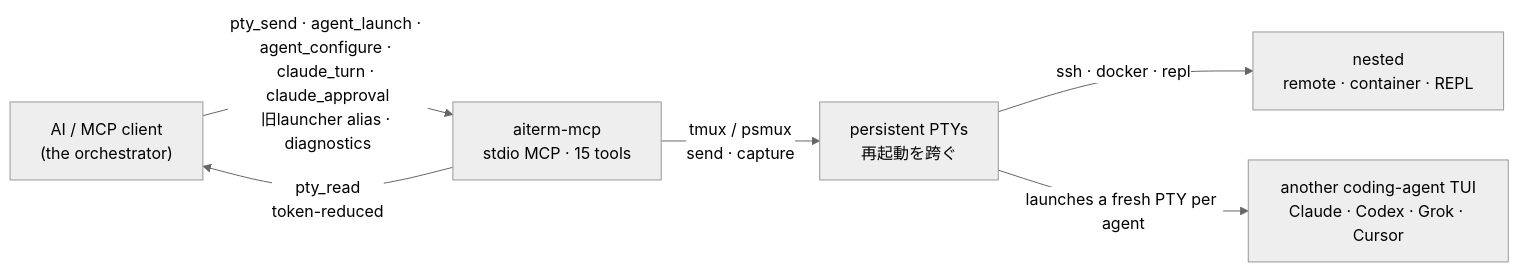
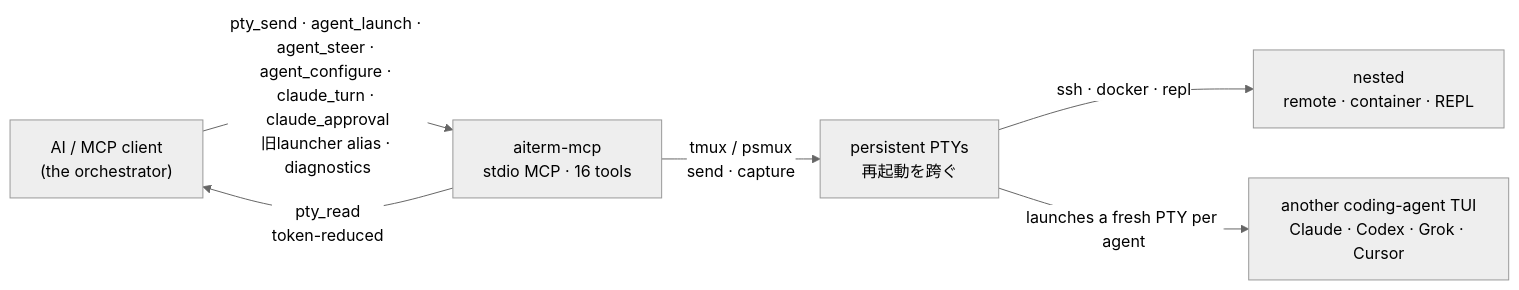
Before and after one commit to kitepon-rgb/aiterm-mcp: the diagram in README.ja.md, drawn with Mermaid (neutral theme). The commit also changed other lines of this file and 12 other files, not shown here.

````diff
--- a/README.ja.md
+++ b/README.ja.md
@@ -329,8 +329,8 @@
 ```mermaid
 flowchart LR
-    AI["AI / MCP client<br/>(the orchestrator)"] -->|"pty_send · agent_launch · agent_configure · claude_turn · claude_approval<br/>旧launcher alias · diagnostics"| S["aiterm-mcp<br/>stdio MCP · 15 tools"]
+    AI["AI / MCP client<br/>(the orchestrator)"] -->|"pty_send · agent_launch · agent_steer · agent_configure · claude_turn · claude_approval<br/>旧launcher alias · diagnostics"| S["aiterm-mcp<br/>stdio MCP · 16 tools"]
     S -->|"pty_read<br/>token-reduced"| AI
     S -->|"tmux / psmux<br/>send · capture"| P["persistent PTYs<br/>再起動を跨ぐ"]
     P -->|"ssh · docker · repl"| R["nested<br/>remote · container · REPL"]
     P -->|"launches a fresh PTY per agent"| A["another coding-agent TUI<br/>Claude · Codex · Grok · Cursor"]
 ```
````
